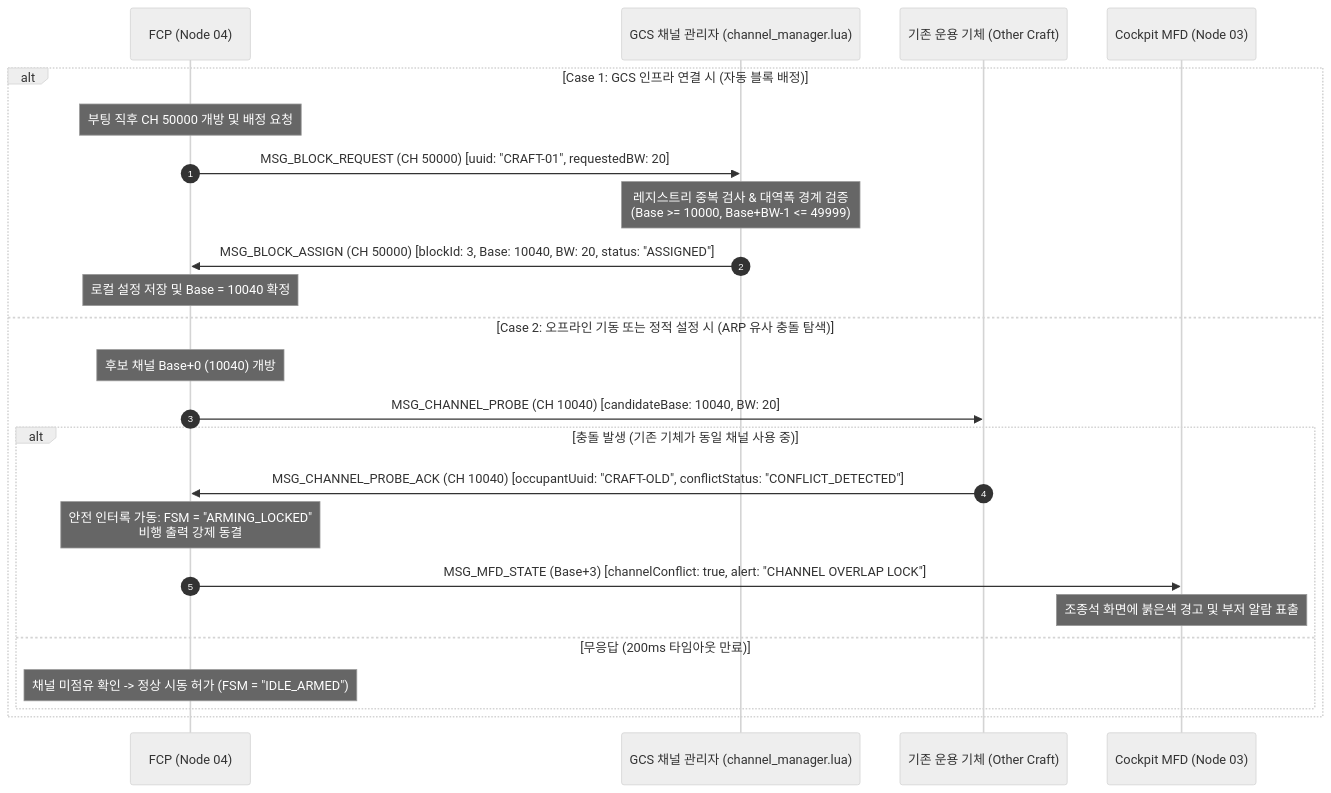
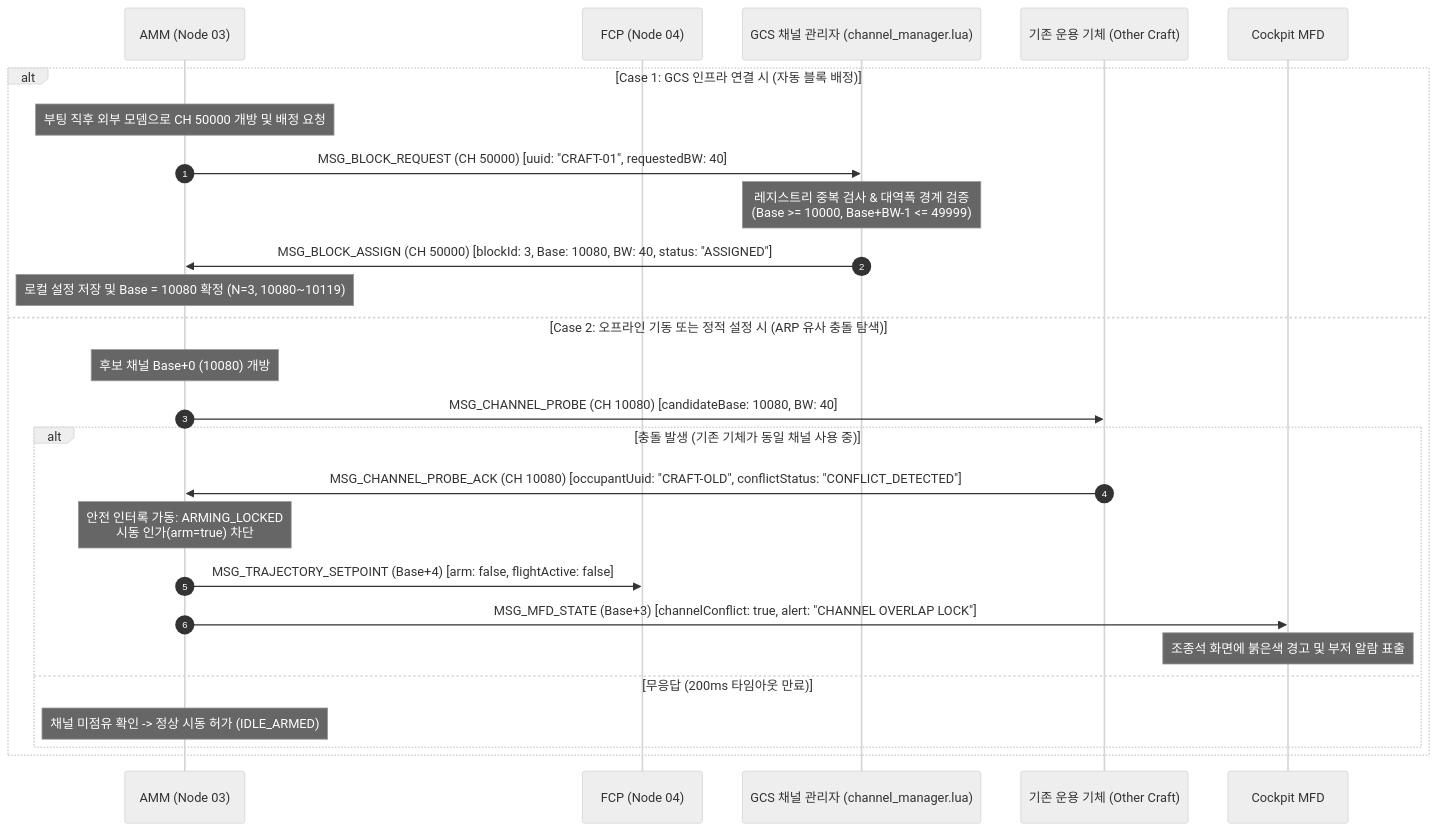
Before and after one commit to Polimachi/Aeroneutics_Autopilot: the seventh of 9 diagrams in docs/system/SYSTEM_PROGRAM_RELATION_AND_PACKET_DIAGRAM.md, drawn with Mermaid (neutral theme). The commit also changed other lines of this file and 18 other files, not shown here.

Commit message:
docs(specs): shrink FCP to SE(3) outer-loop and migrate gateway/nav/mission ownership to AMM (TASK-206)

````diff
--- a/docs/system/SYSTEM_PROGRAM_RELATION_AND_PACKET_DIAGRAM.md
+++ b/docs/system/SYSTEM_PROGRAM_RELATION_AND_PACKET_DIAGRAM.md
@@ -527,28 +550,30 @@
 ```mermaid
 sequenceDiagram
     autonumber
-    participant U as FCP (Node 04)
+    participant U as AMM (Node 03)
+    participant F as FCP (Node 04)
     participant G as GCS 채널 관리자 (channel_manager.lua)
     participant P as 기존 운용 기체 (Other Craft)
-    participant M as Cockpit MFD (Node 03)
+    participant M as Cockpit MFD
 
     alt Case 1: GCS 인프라 연결 시 (자동 블록 배정)
-        Note over U: 부팅 직후 CH 50000 개방 및 배정 요청
-        U->>G: MSG_BLOCK_REQUEST (CH 50000) [uuid: "CRAFT-01", requestedBW: 20]
+        Note over U: 부팅 직후 외부 모뎀으로 CH 50000 개방 및 배정 요청
+        U->>G: MSG_BLOCK_REQUEST (CH 50000) [uuid: "CRAFT-01", requestedBW: 40]
         Note over G: 레지스트리 중복 검사 & 대역폭 경계 검증<br/>(Base >= 10000, Base+BW-1 <= 49999)
-        G->>U: MSG_BLOCK_ASSIGN (CH 50000) [blockId: 3, Base: 10040, BW: 20, status: "ASSIGNED"]
-        Note over U: 로컬 설정 저장 및 Base = 10040 확정
+        G->>U: MSG_BLOCK_ASSIGN (CH 50000) [blockId: 3, Base: 10080, BW: 40, status: "ASSIGNED"]
+        Note over U: 로컬 설정 저장 및 Base = 10080 확정 (N=3, 10080~10119)
     else Case 2: 오프라인 기동 또는 정적 설정 시 (ARP 유사 충돌 탐색)
-        Note over U: 후보 채널 Base+0 (10040) 개방
-        U->>P: MSG_CHANNEL_PROBE (CH 10040) [candidateBase: 10040, BW: 20]
+        Note over U: 후보 채널 Base+0 (10080) 개방
+        U->>P: MSG_CHANNEL_PROBE (CH 10080) [candidateBase: 10080, BW: 40]
         
         alt 충돌 발생 (기존 기체가 동일 채널 사용 중)
-            P->>U: MSG_CHANNEL_PROBE_ACK (CH 10040) [occupantUuid: "CRAFT-OLD", conflictStatus: "CONFLICT_DETECTED"]
-            Note over U: 안전 인터록 가동: FSM = "ARMING_LOCKED"<br/>비행 출력 강제 동결
+            P->>U: MSG_CHANNEL_PROBE_ACK (CH 10080) [occupantUuid: "CRAFT-OLD", conflictStatus: "CONFLICT_DETECTED"]
+            Note over U: 안전 인터록 가동: ARMING_LOCKED<br/>시동 인가(arm=true) 차단
+            U->>F: MSG_TRAJECTORY_SETPOINT (Base+4) [arm: false, flightActive: false]
             U->>M: MSG_MFD_STATE (Base+3) [channelConflict: true, alert: "CHANNEL OVERLAP LOCK"]
             Note over M: 조종석 화면에 붉은색 경고 및 부저 알람 표출
         else 무응답 (200ms 타임아웃 만료)
-            Note over U: 채널 미점유 확인 -> 정상 시동 허가 (FSM = "IDLE_ARMED")
+            Note over U: 채널 미점유 확인 -> 정상 시동 허가 (IDLE_ARMED)
         end
     end
 ```
````
